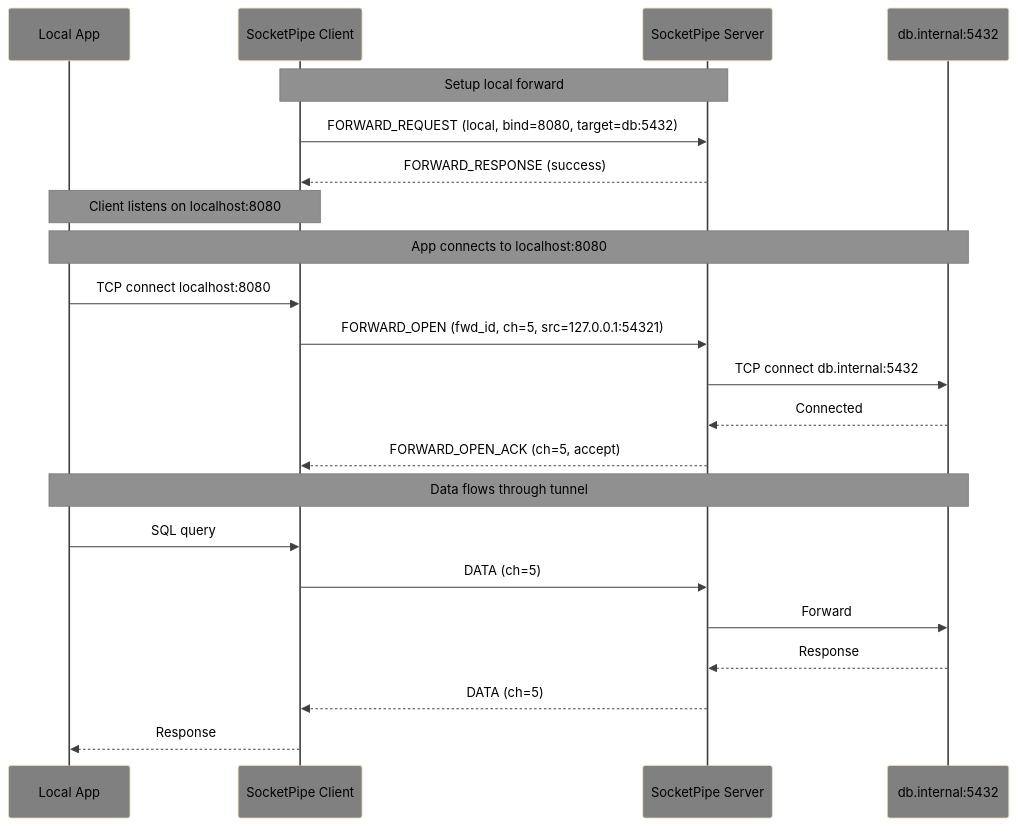
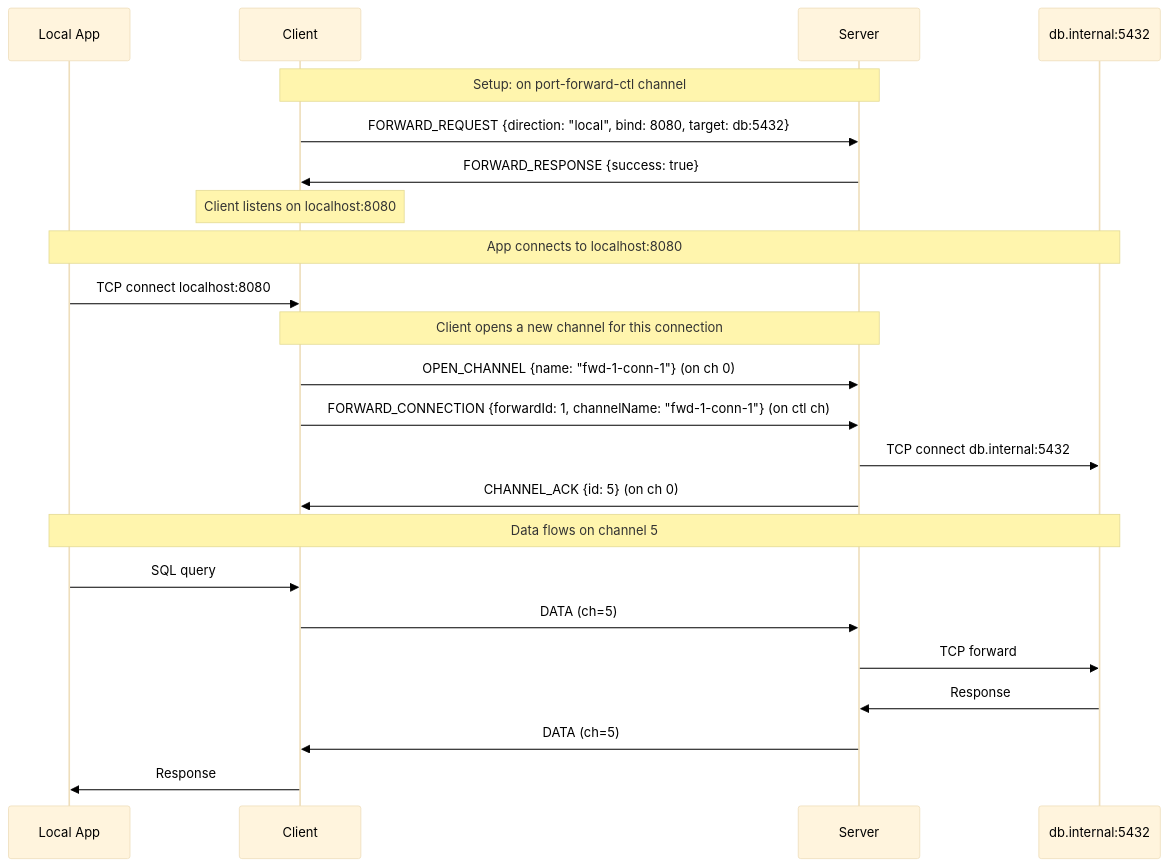
The fifth of 6 diagrams in docs/ext-port-forwarding.md (deftai/xumux), drawn with Mermaid before and after one commit. The commit also changed other lines of this file and 6 other files, not shown here.

````diff
--- a/docs/ext-port-forwarding.md
+++ b/docs/ext-port-forwarding.md
@@ -128,29 +142,29 @@
 ```mermaid
-%%{init: {'theme': 'base', 'themeVariables': {'primaryTextColor': '#000000', 'secondaryTextColor': '#000000', 'tertiaryTextColor': '#000000', 'noteBkgColor': '#909090', 'noteTextColor': '#000000', 'actorBkg': '#808080', 'actorTextColor': '#000000', 'actorLineColor': '#404040', 'signalColor': '#404040'}}}%%
+%%{init: {'theme': 'base', 'themeVariables': {'primaryTextColor': '#000', 'lineColor': '#333'}}}%%
 sequenceDiagram
     participant A as Local App
-    participant C as SocketPipe Client
-    participant S as SocketPipe Server
+    participant C as Client
+    participant S as Server
     participant D as db.internal:5432
 
-    Note over C,S: Setup local forward
-    C->>S: FORWARD_REQUEST (local, bind=8080, target=db:5432)
-    S-->>C: FORWARD_RESPONSE (success)
-    
-    Note over A,C: Client listens on localhost:8080
-    
+    Note over C,S: Setup: on port-forward-ctl channel
+    C->>S: FORWARD_REQUEST {direction: "local", bind: 8080, target: db:5432}
+    S->>C: FORWARD_RESPONSE {success: true}
+    Note over C: Client listens on localhost:8080
+
     Note over A,D: App connects to localhost:8080
     A->>C: TCP connect localhost:8080
-    C->>S: FORWARD_OPEN (fwd_id, ch=5, src=127.0.0.1:54321)
+    Note over C,S: Client opens a new channel for this connection
+    C->>S: OPEN_CHANNEL {name: "fwd-1-conn-1"} (on ch 0)
+    C->>S: FORWARD_CONNECTION {forwardId: 1, channelName: "fwd-1-conn-1"} (on ctl ch)
     S->>D: TCP connect db.internal:5432
-    D-->>S: Connected
-    S-->>C: FORWARD_OPEN_ACK (ch=5, accept)
-    
-    Note over A,D: Data flows through tunnel
+    S->>C: CHANNEL_ACK {id: 5} (on ch 0)
+
+    Note over A,D: Data flows on channel 5
     A->>C: SQL query
     C->>S: DATA (ch=5)
-    S->>D: Forward
-    D-->>S: Response
-    S-->>C: DATA (ch=5)
-    C-->>A: Response
+    S->>D: TCP forward
+    D->>S: Response
+    S->>C: DATA (ch=5)
+    C->>A: Response
 ```
````
